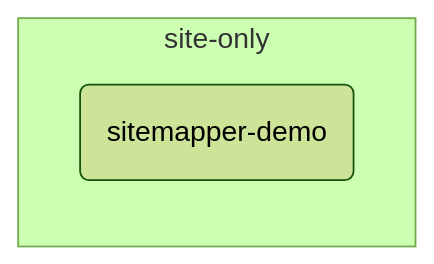
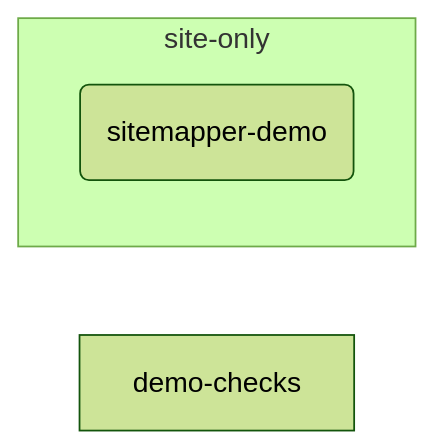
Before and after one commit to noskule-cc/SiteMapper: the diagram in docs/inventory.md, drawn with Mermaid (forest theme). The commit also changed other lines of this file and 46 other files, not shown here.

````diff
--- a/docs/inventory.md
+++ b/docs/inventory.md
@@ -13,6 +14,7 @@
 ```mermaid
 graph LR
+  p_demo_checks["demo-checks"]
   subgraph site-only
     o_sitemapper_demo("sitemapper-demo")
   end
 ```
````
